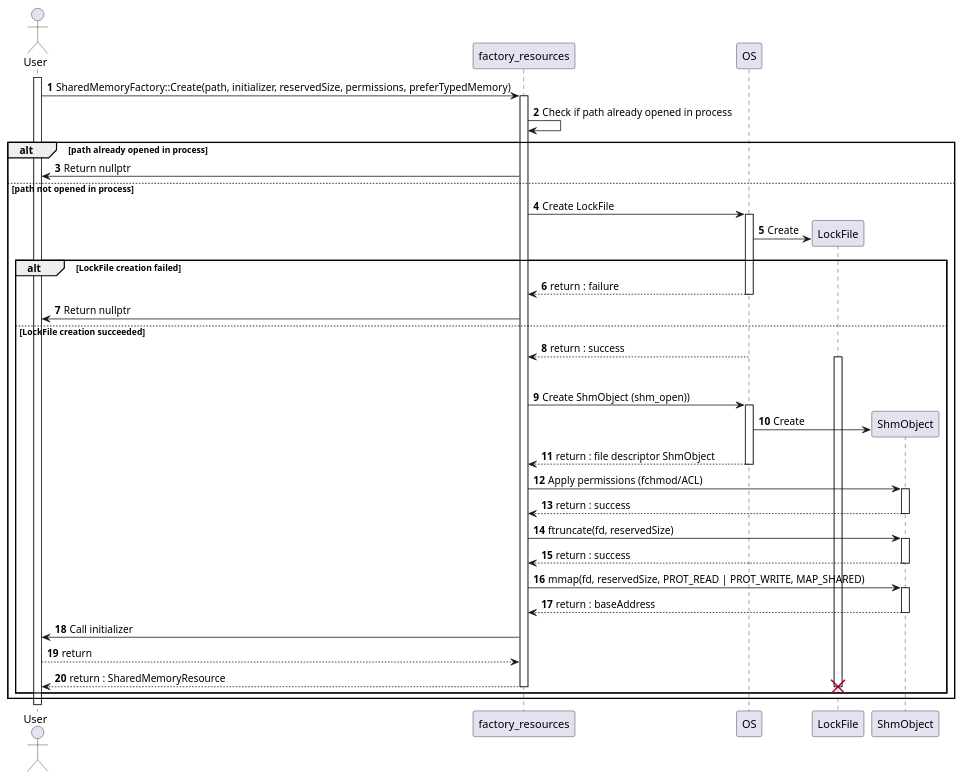
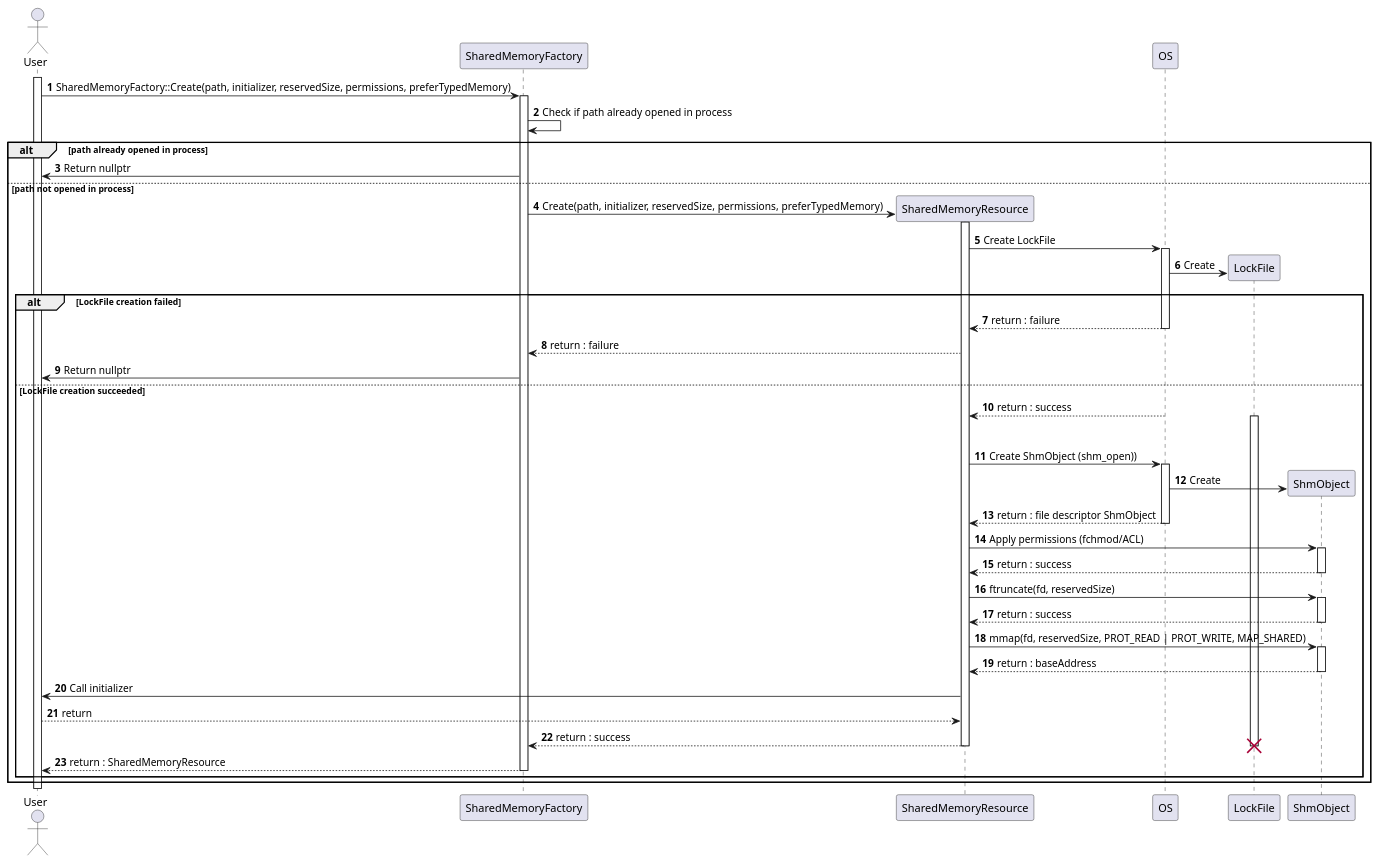
Before and after one commit to eclipse-score/communication: the diagram in score/memory/shared/dependability/architectural_design/dynamic_design/create_shm_resource.puml, drawn with PlantUML. The commit also changed 12 other files, not shown here.

First line of the commit message:
memory/shared: Added FTAs Create

```diff
--- a/score/memory/shared/dependability/architectural_design/dynamic_design/create_shm_resource.puml
+++ b/score/memory/shared/dependability/architectural_design/dynamic_design/create_shm_resource.puml
@@ -1,62 +1,69 @@
 @startuml
 'https://plantuml.com/sequence-diagram
 
 autonumber
 
 actor "User" as Process
-participant "factory_resources" as factory_resources
+participant SharedMemoryFactory as factory
+participant SharedMemoryResource as resource
 participant OS
 participant LockFile
 participant ShmObject
 
 
 activate Process
 
-Process -> factory_resources : SharedMemoryFactory::Create(path, initializer, reservedSize, permissions, preferTypedMemory)
-activate factory_resources
-factory_resources -> factory_resources : Check if path already opened in process
+Process -> factory : SharedMemoryFactory::Create(path, initializer, reservedSize, permissions, preferTypedMemory)
+activate factory
+factory -> factory : Check if path already opened in process
 
 alt path already opened in process
-    factory_resources -> Process : Return nullptr
+    factory -> Process : Return nullptr
 else path not opened in process
-    factory_resources -> OS : Create LockFile
+    create resource
+    factory -> resource : Create(path, initializer, reservedSize, permissions, preferTypedMemory)
+    activate resource
+    resource -> OS : Create LockFile
     activate OS
     create LockFile
     OS -> LockFile : Create
     alt LockFile creation failed
-        OS --> factory_resources : return : failure
+        OS --> resource : return : failure
         deactivate OS
-        factory_resources -> Process : Return nullptr
+        factory <-- resource : return : failure
+        factory -> Process : Return nullptr
     else LockFile creation succeeded
-        OS --> factory_resources : return : success
+        OS --> resource : return : success
         activate LockFile
         deactivate OS
-        factory_resources -> OS : Create ShmObject (shm_open))
+        resource -> OS : Create ShmObject (shm_open))
         activate OS
         create ShmObject
         OS -> ShmObject : Create
-        OS --> factory_resources : return : file descriptor ShmObject
+        OS --> resource : return : file descriptor ShmObject
         deactivate OS
 
-        factory_resources -> ShmObject : Apply permissions (fchmod/ACL)
+        resource -> ShmObject : Apply permissions (fchmod/ACL)
         activate ShmObject
-        factory_resources <-- ShmObject : return : success
+        resource <-- ShmObject : return : success
         deactivate ShmObject
-        factory_resources -> ShmObject : ftruncate(fd, reservedSize)
+        resource -> ShmObject : ftruncate(fd, reservedSize)
         activate ShmObject
-        ShmObject --> factory_resources : return : success
+        ShmObject --> resource : return : success
         deactivate ShmObject
 
-        factory_resources -> ShmObject : mmap(fd, reservedSize, PROT_READ | PROT_WRITE, MAP_SHARED)
+        resource -> ShmObject : mmap(fd, reservedSize, PROT_READ | PROT_WRITE, MAP_SHARED)
         activate ShmObject
-        ShmObject --> factory_resources : return : baseAddress
+        ShmObject --> resource : return : baseAddress
         deactivate ShmObject
-        factory_resources -> Process : Call initializer
-        factory_resources <-- Process : return
-        Process <-- factory_resources : return : SharedMemoryResource
+        resource -> Process : Call initializer
+        resource <-- Process : return
+        factory <-- resource : return : success
         destroy LockFile
-        deactivate factory_resources
+        deactivate resource
+        Process <-- factory : return : SharedMemoryResource
+        deactivate factory
     end
 end
 
 @enduml
```
